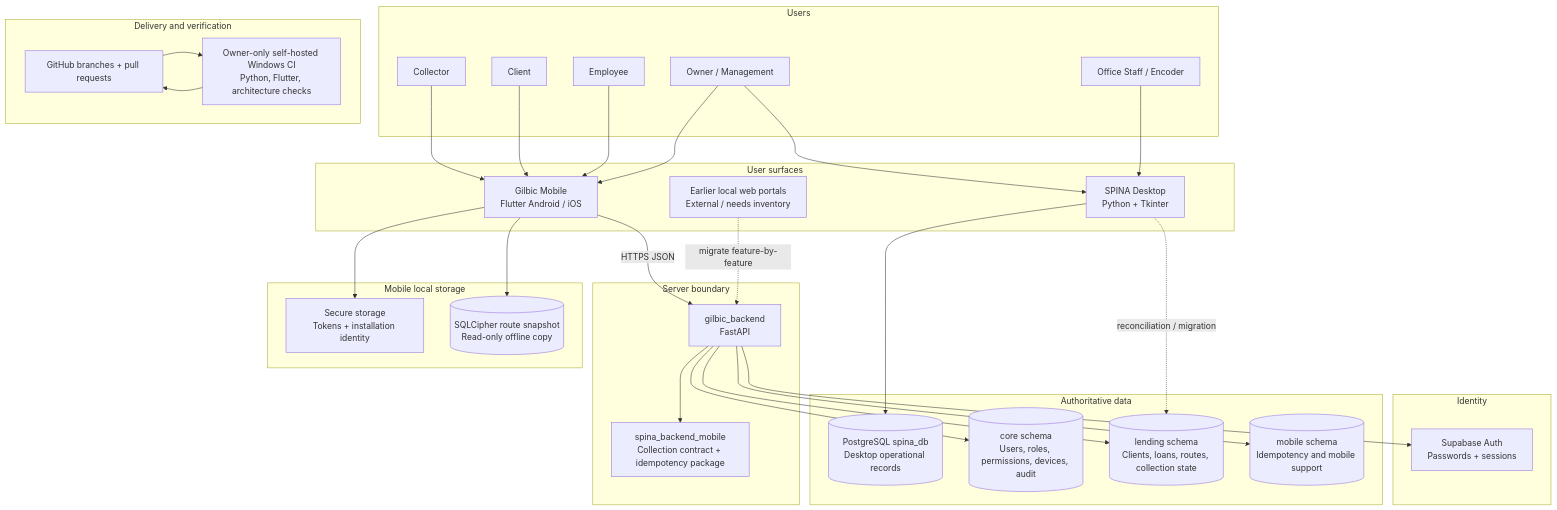
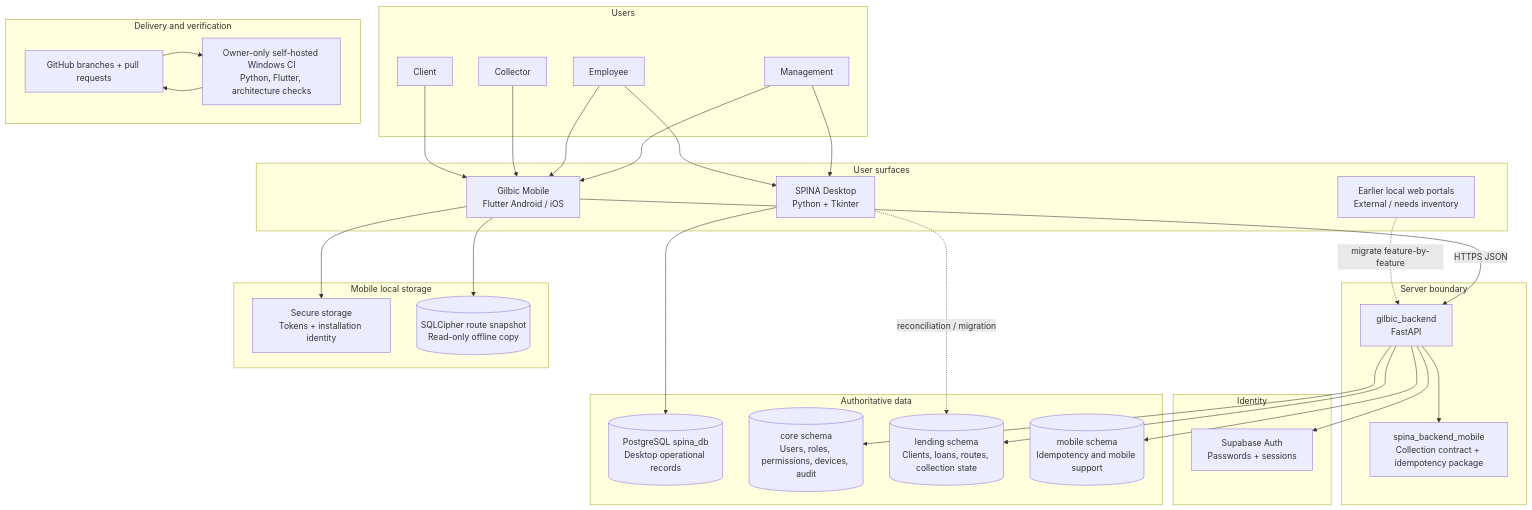
One commit to GILBIC/spina-lending-app changed the first of 6 diagrams in docs/architecture/system-map.md. Above: the diagram before and after it, drawn with Mermaid. The commit also changed other lines of this file and 2 other files, not shown here.

Commit message:
docs: align desktop and mobile capabilities

````diff
--- a/docs/architecture/system-map.md
+++ b/docs/architecture/system-map.md
@@ -7,67 +7,66 @@
 ```mermaid
 flowchart TB
     subgraph USERS[Users]
-        OWNER[Owner / Management]
-        OFFICE[Office Staff / Encoder]
+        MANAGEMENT[Management]
+        EMPLOYEE[Employee]
         COLLECTOR[Collector]
         CLIENT[Client]
-        EMPLOYEE[Employee]
     end
 
     subgraph SURFACES[User surfaces]
         DESKTOP[SPINA Desktop\nPython + Tkinter]
         MOBILE[Gilbic Mobile\nFlutter Android / iOS]
         LEGACY[Earlier local web portals\nExternal / needs inventory]
     end
 
     subgraph API[Server boundary]
         FASTAPI[gilbic_backend\nFastAPI]
         CONTRACT[spina_backend_mobile\nCollection contract + idempotency package]
     end
 
     subgraph AUTH[Identity]
         SUPAAUTH[Supabase Auth\nPasswords + sessions]
     end
 
     subgraph DATA[Authoritative data]
         SPINADB[(PostgreSQL spina_db\nDesktop operational records)]
         CORE[(core schema\nUsers, roles, permissions, devices, audit)]
         LENDING[(lending schema\nClients, loans, routes, collection state)]
         MOBILEDB[(mobile schema\nIdempotency and mobile support)]
     end
 
     subgraph LOCAL[Mobile local storage]
         SECURE[Secure storage\nTokens + installation identity]
         CACHE[(SQLCipher route snapshot\nRead-only offline copy)]
     end
 
     subgraph DELIVERY[Delivery and verification]
         GITHUB[GitHub branches + pull requests]
         CI[Owner-only self-hosted Windows CI\nPython, Flutter, architecture checks]
     end
 
-    OWNER --> DESKTOP
-    OFFICE --> DESKTOP
+    MANAGEMENT --> DESKTOP
+    MANAGEMENT --> MOBILE
+    EMPLOYEE --> DESKTOP
+    EMPLOYEE --> MOBILE
     COLLECTOR --> MOBILE
     CLIENT --> MOBILE
-    EMPLOYEE --> MOBILE
-    OWNER --> MOBILE
 
     MOBILE -->|HTTPS JSON| FASTAPI
     FASTAPI --> SUPAAUTH
     FASTAPI --> CORE
     FASTAPI --> LENDING
     FASTAPI --> MOBILEDB
     FASTAPI --> CONTRACT
 
     DESKTOP --> SPINADB
     DESKTOP -. reconciliation / migration .-> LENDING
 
     MOBILE --> SECURE
     MOBILE --> CACHE
 
     LEGACY -. migrate feature-by-feature .-> FASTAPI
 
     GITHUB --> CI
     CI --> GITHUB
 ```
````
